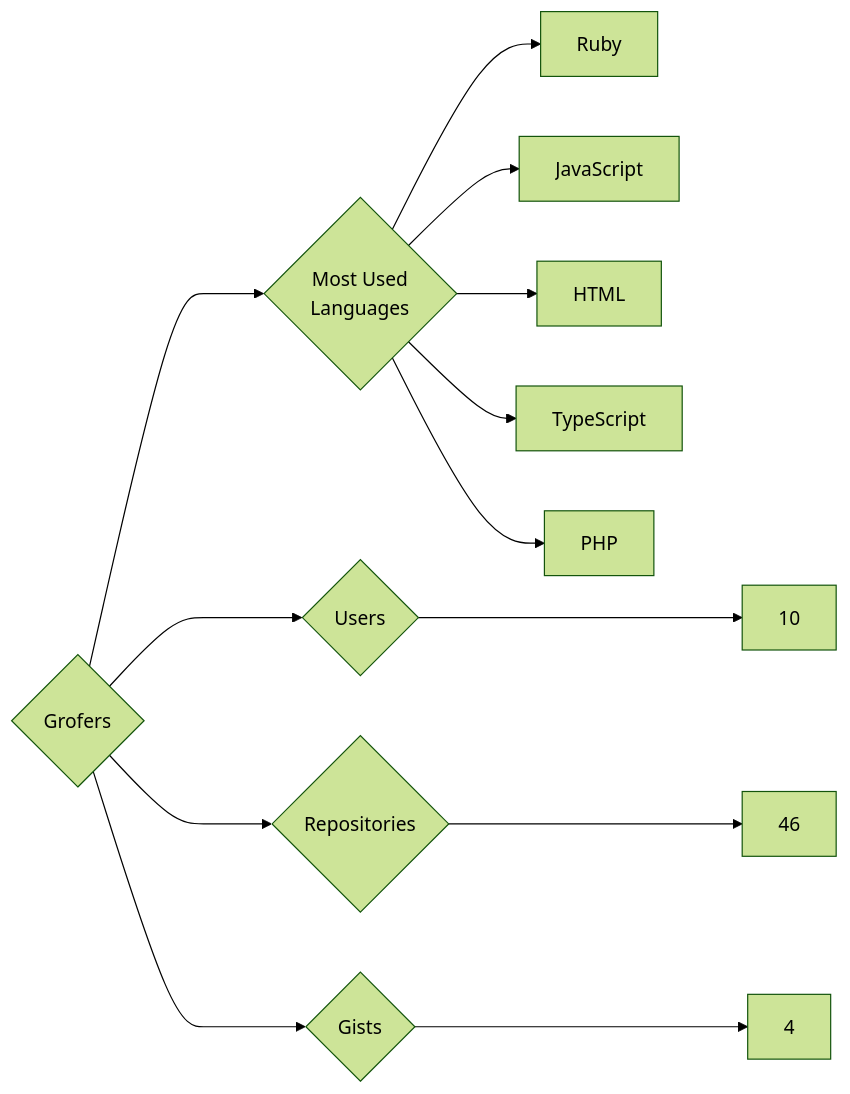
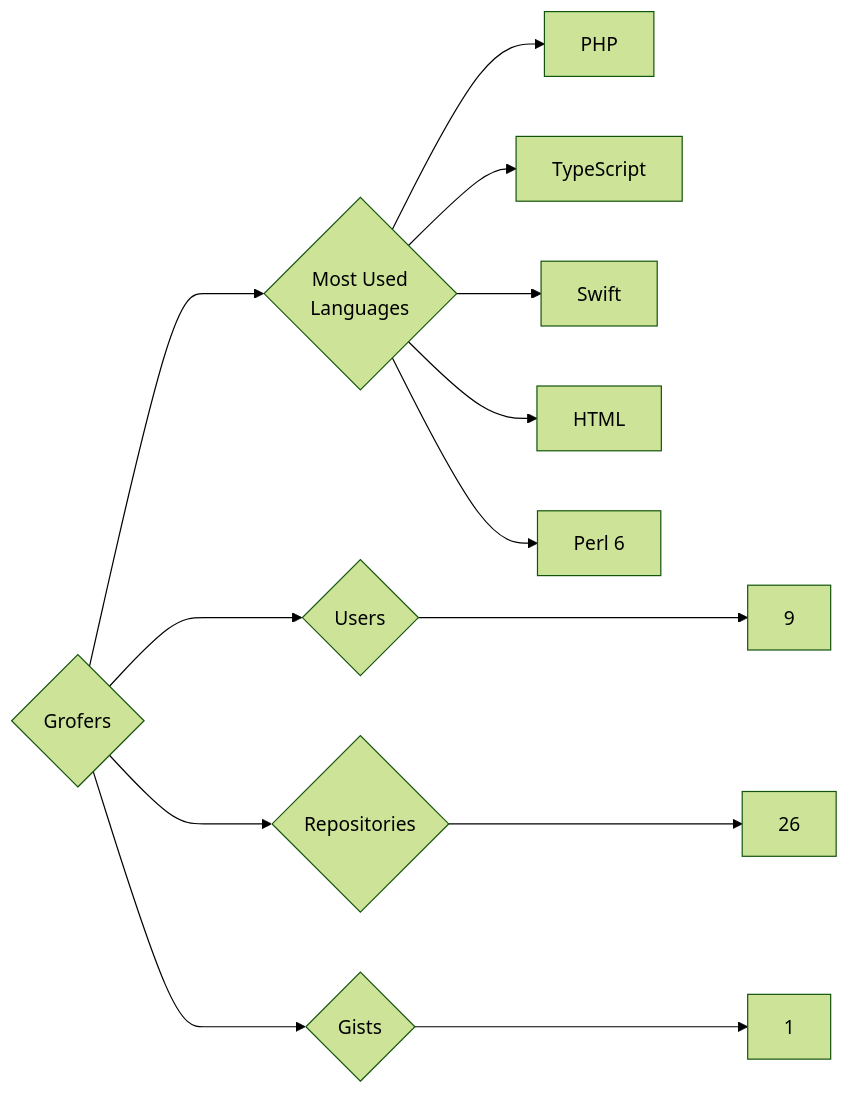
The diagram in targets/Grofers/README.md (trickest/insiders), drawn with Mermaid (forest theme) before and after one commit. The commit also changed 1084 other files, not shown here.

````diff
--- a/targets/Grofers/README.md
+++ b/targets/Grofers/README.md
@@ -3,13 +3,13 @@
 ```mermaid
 graph LR
 COMPANY_NAME{Grofers}
-COMPANY_NAME ---> U{Users} ---> UN[10]
-COMPANY_NAME ---> R{Repositories} ---> RN[46]
-COMPANY_NAME ---> G{Gists} ---> GN[4]
+COMPANY_NAME ---> U{Users} ---> UN[9]
+COMPANY_NAME ---> R{Repositories} ---> RN[26]
+COMPANY_NAME ---> G{Gists} ---> GN[1]
 COMPANY_NAME ---> ML{Most Used<br>Languages}
-ML --> Ruby[Ruby]
-ML --> JavaScript[JavaScript]
+ML --> PHP[PHP]
+ML --> TypeScript[TypeScript]
+ML --> Swift[Swift]
 ML --> HTML[HTML]
-ML --> TypeScript[TypeScript]
-ML --> PHP[PHP]
+ML --> Perl_6[Perl 6]
 ```
````
